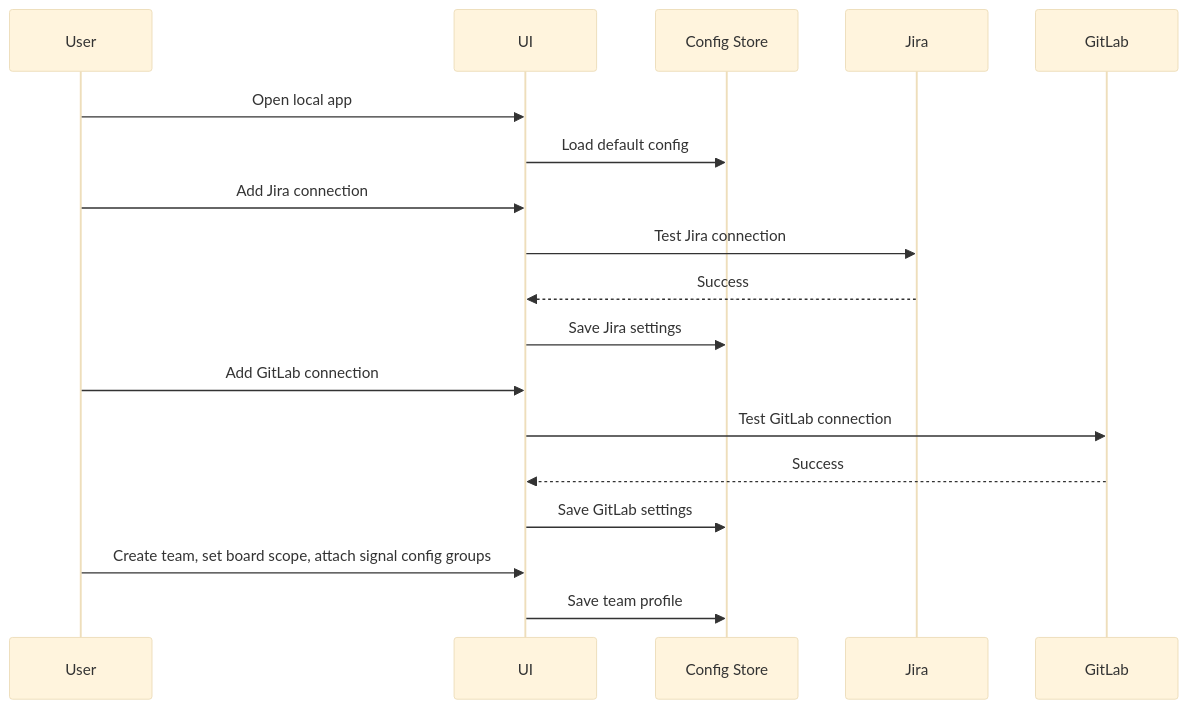
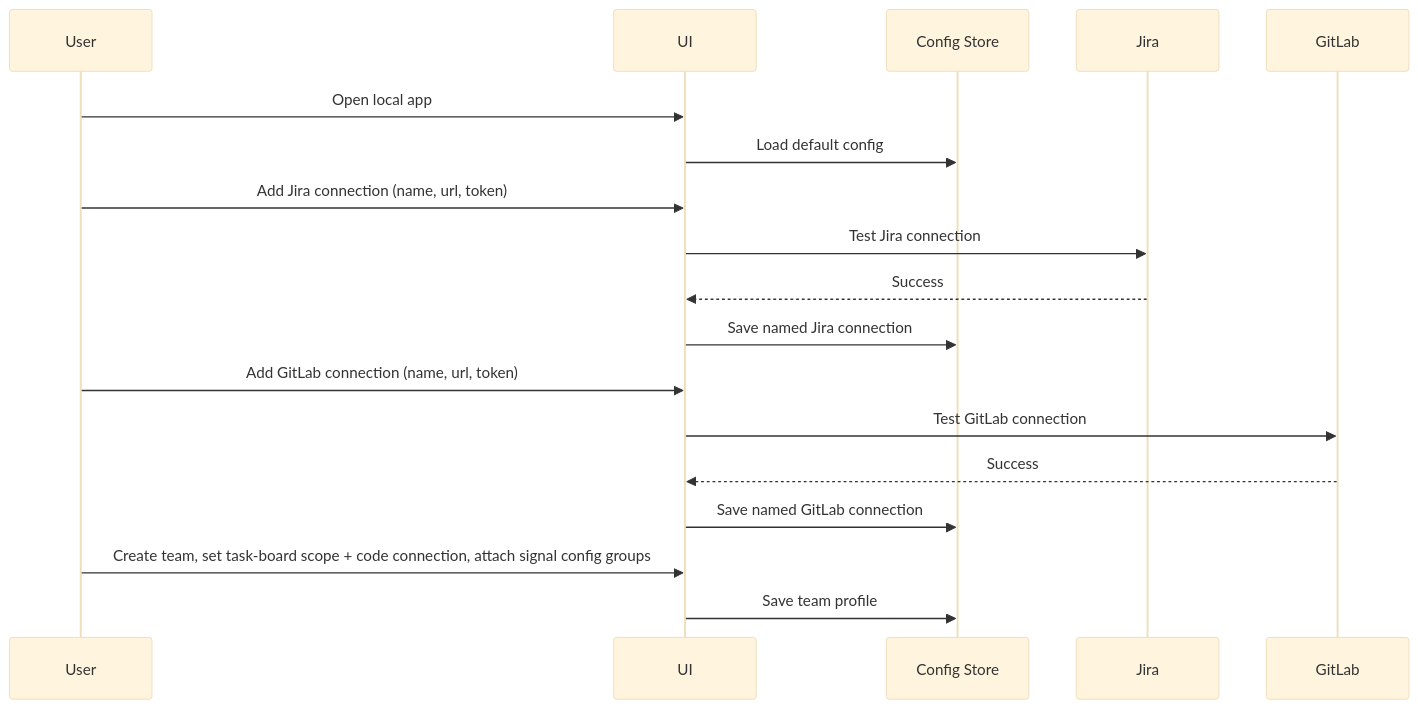
One commit to serdartas/em-radar changed the sixth of 7 diagrams in docs/03-architecture-overview.md. Above: the diagram before and after it, drawn with Mermaid (base theme). The commit also changed other lines of this file and 5 other files, not shown here.

````diff
--- a/docs/03-architecture-overview.md
+++ b/docs/03-architecture-overview.md
@@ -980,21 +985,21 @@
 ```mermaid
 sequenceDiagram
     participant User
     participant UI
     participant Config as Config Store
     participant Jira
     participant GitLab
 
     User->>UI: Open local app
     UI->>Config: Load default config
-    User->>UI: Add Jira connection
+    User->>UI: Add Jira connection (name, url, token)
     UI->>Jira: Test Jira connection
     Jira-->>UI: Success
-    UI->>Config: Save Jira settings
-    User->>UI: Add GitLab connection
+    UI->>Config: Save named Jira connection
+    User->>UI: Add GitLab connection (name, url, token)
     UI->>GitLab: Test GitLab connection
     GitLab-->>UI: Success
-    UI->>Config: Save GitLab settings
-    User->>UI: Create team, set board scope, attach signal config groups
+    UI->>Config: Save named GitLab connection
+    User->>UI: Create team, set task-board scope + code connection, attach signal config groups
     UI->>Config: Save team profile
 ```
````
